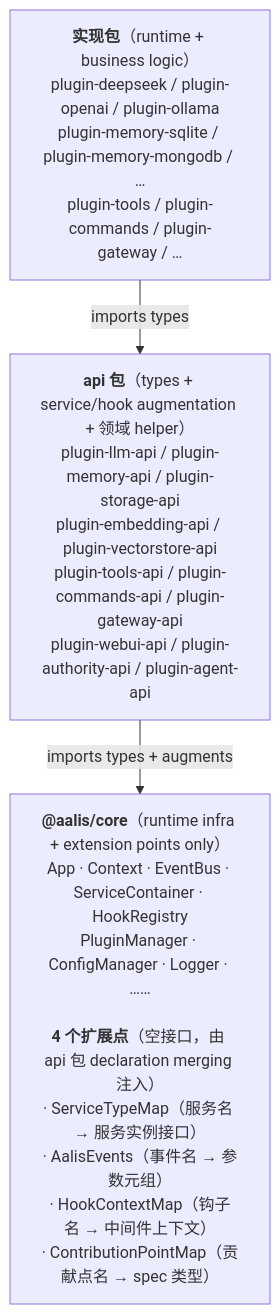
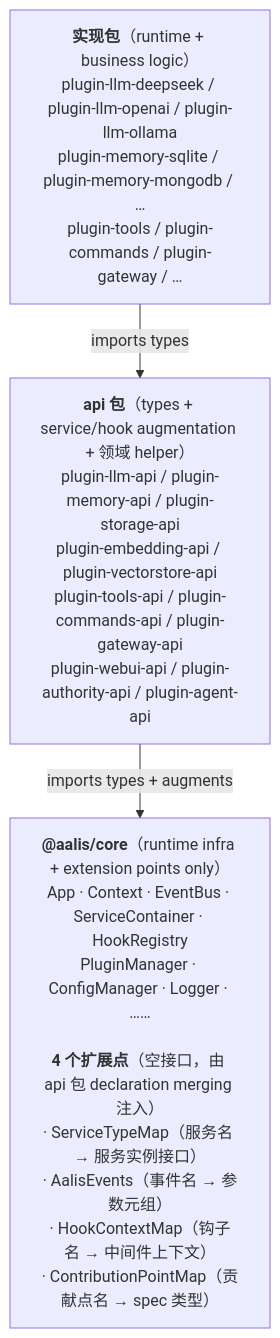
Before and after one commit to AalisLabs/Aalis: the diagram in docs/design/api-packages.md, drawn with Mermaid. The commit also changed 51 other files, not shown here.

First line of the commit message:
refactor(llm)!: LLM 提供者补上子系统前缀，消除 plugin-openai 的三义歧义

````diff
--- a/docs/design/api-packages.md
+++ b/docs/design/api-packages.md
@@ -17,8 +17,8 @@
 ```mermaid
 flowchart TB
-  impl["<b>实现包</b>（runtime + business logic）<br/>plugin-deepseek / plugin-openai / plugin-ollama<br/>plugin-memory-sqlite / plugin-memory-mongodb / …<br/>plugin-tools / plugin-commands / plugin-gateway / …"]
+  impl["<b>实现包</b>（runtime + business logic）<br/>plugin-llm-deepseek / plugin-llm-openai / plugin-llm-ollama<br/>plugin-memory-sqlite / plugin-memory-mongodb / …<br/>plugin-tools / plugin-commands / plugin-gateway / …"]
   api["<b>api 包</b>（types + service/hook augmentation + 领域 helper）<br/>plugin-llm-api / plugin-memory-api / plugin-storage-api<br/>plugin-embedding-api / plugin-vectorstore-api<br/>plugin-tools-api / plugin-commands-api / plugin-gateway-api<br/>plugin-webui-api / plugin-authority-api / plugin-agent-api"]
   core["<b>@aalis/core</b>（runtime infra + extension points only）<br/>App · Context · EventBus · ServiceContainer · HookRegistry<br/>PluginManager · ConfigManager · Logger · ……<br/> <br/><b>4 个扩展点</b>（空接口，由 api 包 declaration merging 注入）<br/>· ServiceTypeMap（服务名 → 服务实例接口）<br/>· AalisEvents（事件名 → 参数元组）<br/>· HookContextMap（钩子名 → 中间件上下文）<br/>· ContributionPointMap（贡献点名 → spec 类型）"]
   impl -->|imports types| api
   api -->|imports types + augments| core
 ```
````
